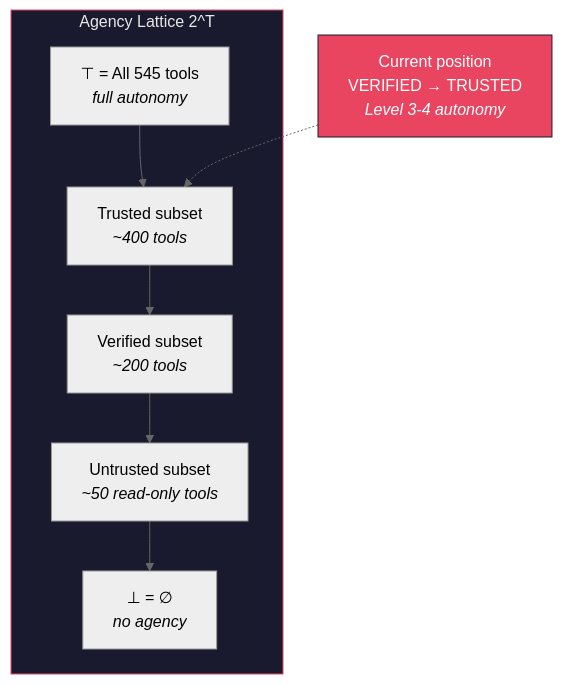
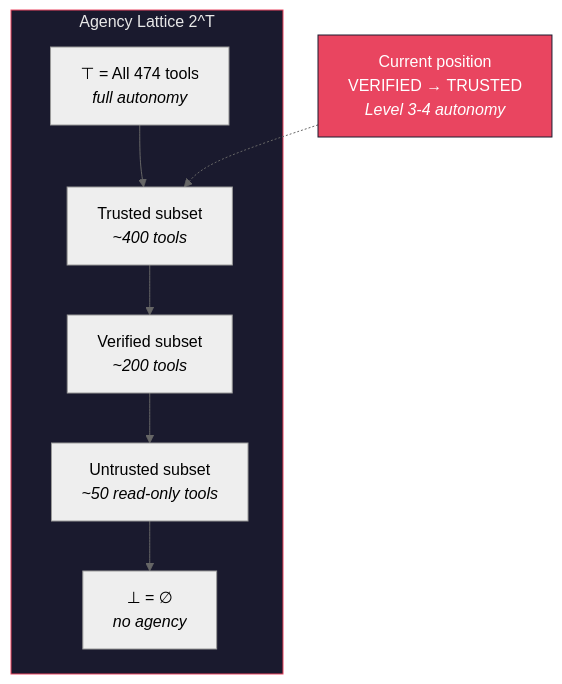
Before and after one commit to docxology/codomyrmex: the second of 3 diagrams in docs/agi/tool_use_and_agency.md, drawn with Mermaid (neutral theme). The commit also changed other lines of this file and 44 other files, not shown here.

````diff
--- a/docs/agi/tool_use_and_agency.md
+++ b/docs/agi/tool_use_and_agency.md
@@ -95,18 +95,18 @@
 ```mermaid
 graph TD
     subgraph LATTICE["Agency Lattice 2^T"]
-        TOP["⊤ = All 545 tools<br/><i>full autonomy</i>"]
+        TOP["⊤ = All 474 tools<br/><i>full autonomy</i>"]
         TRUSTED["Trusted subset<br/><i>~400 tools</i>"]
         VERIFIED["Verified subset<br/><i>~200 tools</i>"]
         UNTRUSTED["Untrusted subset<br/><i>~50 read-only tools</i>"]
         BOT["⊥ = ∅<br/><i>no agency</i>"]
     end
 
     TOP --> TRUSTED --> VERIFIED --> UNTRUSTED --> BOT
 
     CDM["Current position<br/>VERIFIED → TRUSTED<br/><i>Level 3-4 autonomy</i>"]
     CDM -.-> TRUSTED
 
     style LATTICE fill:#1a1a2e,stroke:#e94560,color:#e8e8e8
     style CDM fill:#e94560,stroke:#1a1a2e,color:#fff
 ```
````
